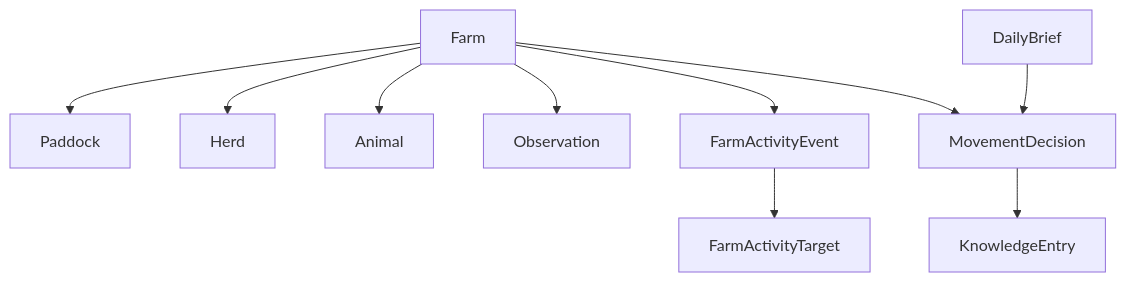
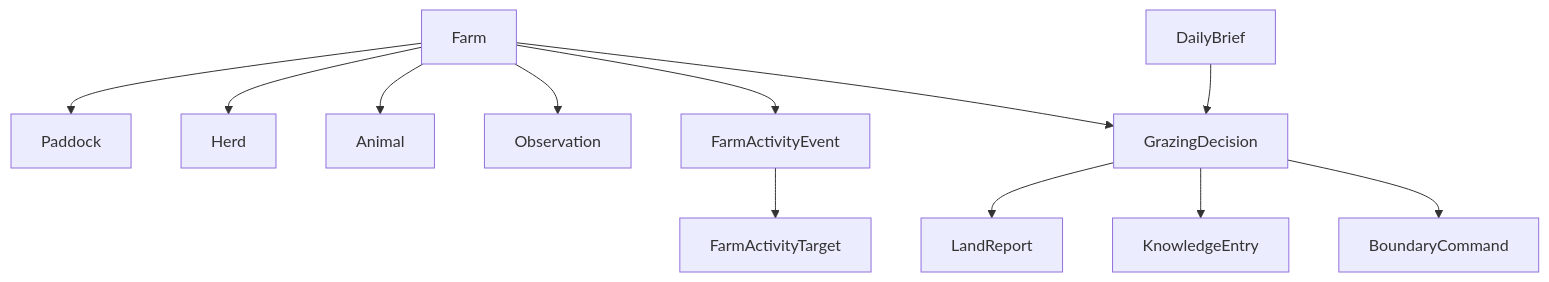
One commit to open-pasture/openpasture-agent-kit changed the diagram in docs/domain.md. Above: the diagram before and after it, drawn with Mermaid. The commit also changed other lines of this file and 51 other files, not shown here.

First line of the commit message:
Reframe the kit as the decision layer between land and collars

````diff
--- a/docs/domain.md
+++ b/docs/domain.md
@@ -84,12 +100,14 @@
 ```mermaid
 flowchart TD
     Farm --> Paddock
     Farm --> Herd
     Farm --> Animal
     Farm --> Observation
     Farm --> FarmActivityEvent
     FarmActivityEvent --> FarmActivityTarget
-    Farm --> MovementDecision
-    MovementDecision --> KnowledgeEntry
-    DailyBrief --> MovementDecision
+    Farm --> GrazingDecision
+    GrazingDecision --> LandReport
+    GrazingDecision --> KnowledgeEntry
+    GrazingDecision --> BoundaryCommand
+    DailyBrief --> GrazingDecision
 ```
````
